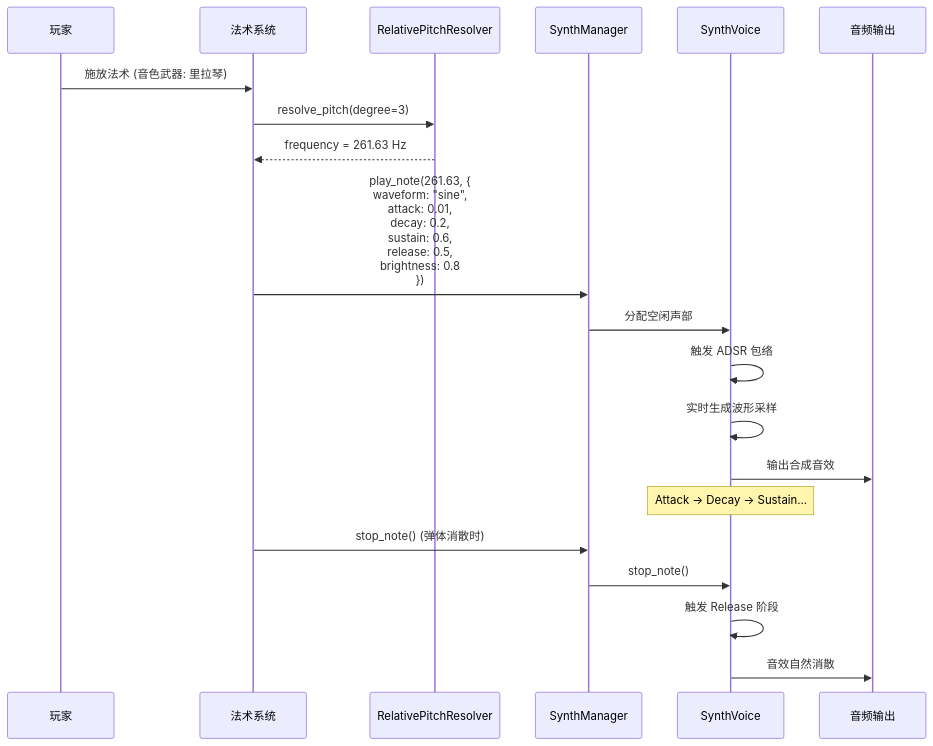
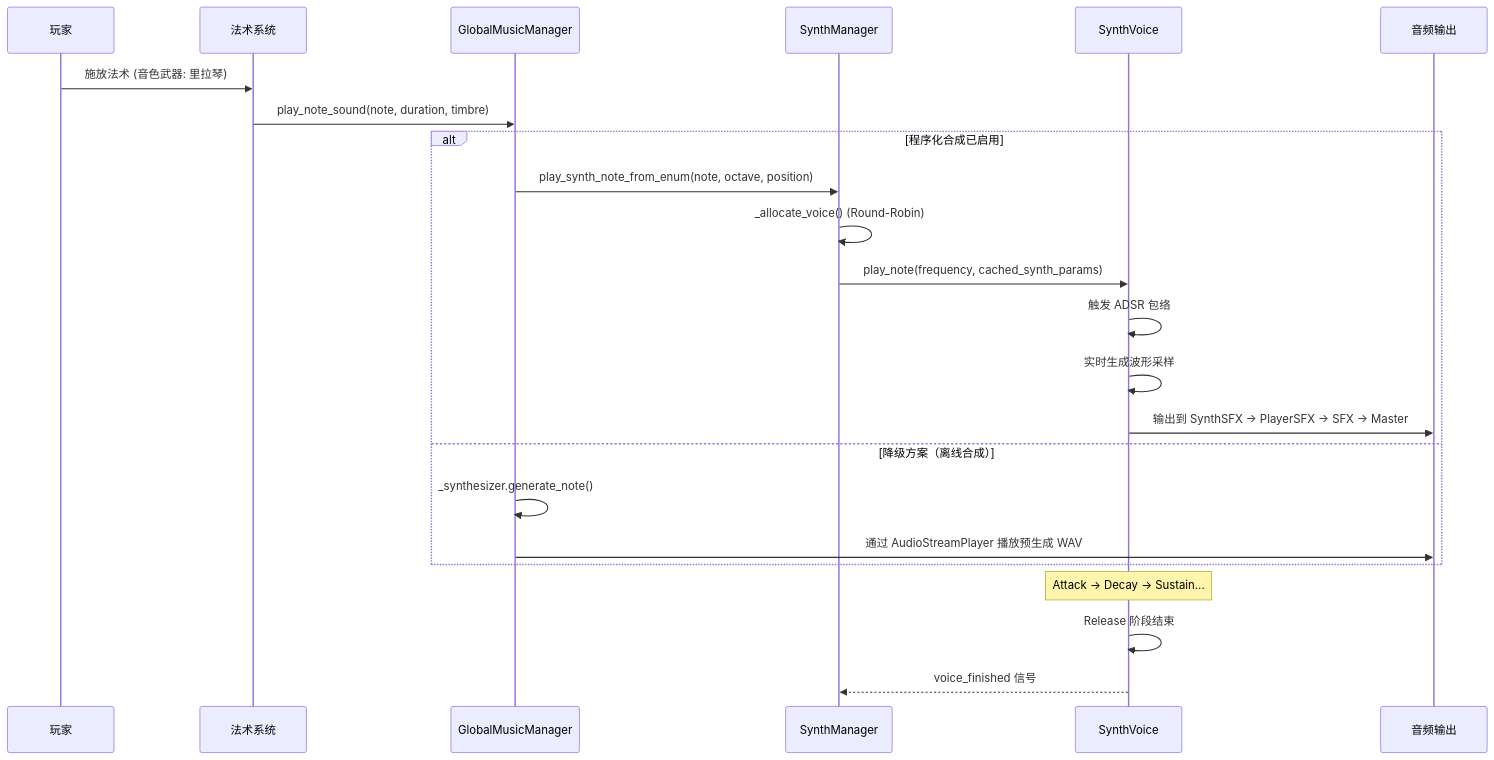
The diagram in Docs/Optimization_Modules/OPT08_ProceduralTimbreSynthesis.md (gdszyy/project-harmony-gdd), drawn with Mermaid before and after one commit. The commit also changed other lines of this file and 8 other files, not shown here.

````diff
--- a/Docs/Optimization_Modules/OPT08_ProceduralTimbreSynthesis.md
+++ b/Docs/Optimization_Modules/OPT08_ProceduralTimbreSynthesis.md
@@ -297,25 +179,28 @@
 ```mermaid
 sequenceDiagram
     participant Player as 玩家
     participant Spell as 法术系统
-    participant RPR as RelativePitchResolver
+    participant GMM as GlobalMusicManager
     participant SM as SynthManager
     participant Voice as SynthVoice
     participant Output as 音频输出
 
     Player->>Spell: 施放法术 (音色武器: 里拉琴)
-    Spell->>RPR: resolve_pitch(degree=3)
-    RPR-->>Spell: frequency = 261.63 Hz
-    Spell->>SM: play_note(261.63, {<br/>  waveform: "sine",<br/>  attack: 0.01,<br/>  decay: 0.2,<br/>  sustain: 0.6,<br/>  release: 0.5,<br/>  brightness: 0.8<br/>})
-    SM->>Voice: 分配空闲声部
-    Voice->>Voice: 触发 ADSR 包络
-    Voice->>Voice: 实时生成波形采样
-    Voice->>Output: 输出合成音效
+    Spell->>GMM: play_note_sound(note, duration, timbre)
+    
+    alt 程序化合成已启用
+        GMM->>SM: play_synth_note_from_enum(note, octave, position)
+        SM->>SM: _allocate_voice() (Round-Robin)
+        SM->>Voice: play_note(frequency, cached_synth_params)
+        Voice->>Voice: 触发 ADSR 包络
+        Voice->>Voice: 实时生成波形采样
+        Voice->>Output: 输出到 SynthSFX → PlayerSFX → SFX → Master
+    else 降级方案（离线合成）
+        GMM->>GMM: _synthesizer.generate_note()
+        GMM->>Output: 通过 AudioStreamPlayer 播放预生成 WAV
+    end
     
     Note over Voice: Attack → Decay → Sustain...
-    
-    Spell->>SM: stop_note() (弹体消散时)
-    SM->>Voice: stop_note()
-    Voice->>Voice: 触发 Release 阶段
-    Voice->>Output: 音效自然消散
+    Voice->>Voice: Release 阶段结束
+    Voice-->>SM: voice_finished 信号
 ```
````
